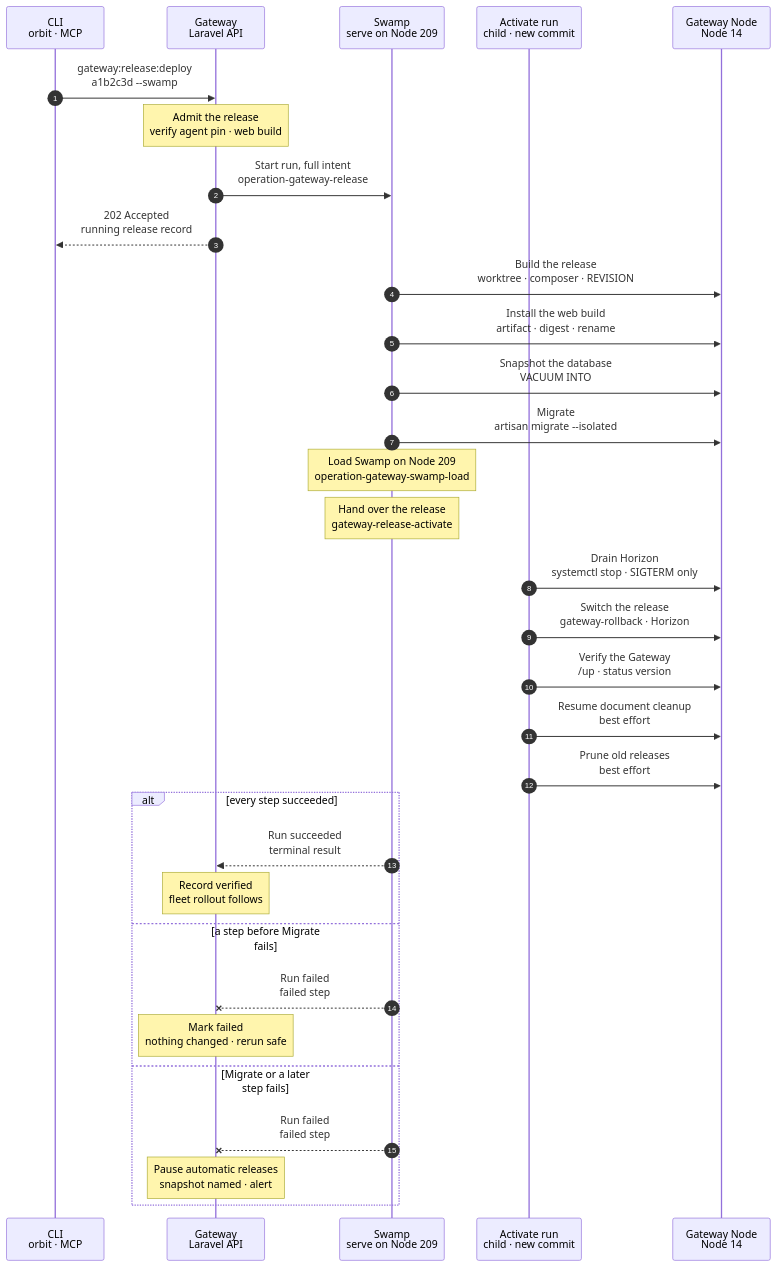
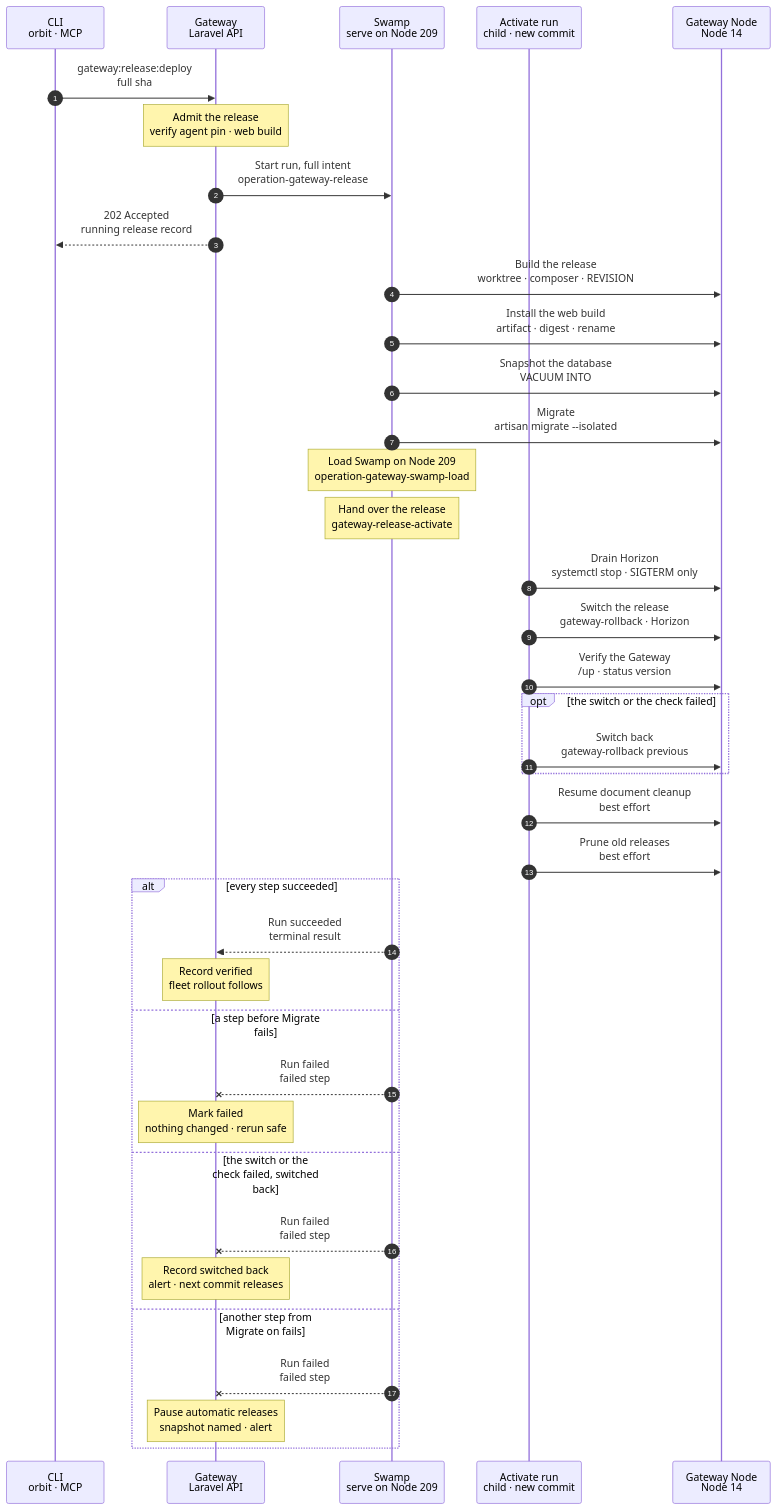
One commit to hardimpactdev/orbit changed the diagram in docs/cli/gateway/release-deploy.mmd. Above: the diagram before and after it, drawn with Mermaid. The commit also changed 22 other files, not shown here.

Commit message:
feat(gateway): automatic and manual releases run as the gateway.release Swamp run, and a failed check switches back (R2)

```diff
--- a/docs/cli/gateway/release-deploy.mmd
+++ b/docs/cli/gateway/release-deploy.mmd
@@ -1,66 +1,72 @@
 sequenceDiagram
-  %% Target design: owner decision 2026-11-03, one Swamp workflow per Gateway release (R1, beside the release unit).
-  %% A forward release never switches back: the migration ran, so a later failure pauses. docs/reference/gateway-recovery.md#release-as-a-swamp-run.
+  %% Target design: docs/reference/feature-flow.md section 6, one Swamp workflow per Gateway release, manual or automatic.
+  %% A failed switch or check switches back; migrations are expand and contract. docs/reference/gateway-recovery.md#release-as-a-swamp-run.
   %% status: reviewed
-  %% command: gateway:release:deploy --swamp
+  %% command: gateway:release:deploy
   %% kind: gateway.release
   %% behavior name: gateway-release-<step>-209 (fixed)
   autonumber
   %% lane TR icon=terminal pill=caller tone=gray
   %% lane GW icon=gateway pill=intent tone=blue
   %% lane SW icon=workflow pill=executes tone=green
   %% lane AC icon=workflow pill=child tone=green
   %% lane GN icon=server pill=target tone=amber
   participant TR as CLI<br/>orbit · MCP
   participant GW as Gateway<br/>Laravel API
   participant SW as Swamp<br/>serve on Node 209
   participant AC as Activate run<br/>child · new commit
   participant GN as Gateway Node<br/>Node 14
-  TR->>GW: gateway:release:deploy<br/>a1b2c3d --swamp
+  TR->>GW: gateway:release:deploy<br/>full sha
   %%> Command:
-  %%> - `orbit gateway:release:deploy <full sha> --swamp`
+  %%> - `orbit gateway:release:deploy <full sha>`; the automatic tick admits the newest green commit the same way
   Note over GW: Admit the release<br/>verify agent pin · web build
   %%> Requirements:
   %%> - the full commit; no other release queued or running; no staged hold
   %%> - the agent pin passes its Sigstore check; CI published the commit's web build
   %%> Result:
   %%> - a running release record; the pin, artifact, Horizon unit and SSH targets frozen as inputs
   GW->>SW: Start run, full intent<br/>operation-gateway-release
   %%> What it does:
   %%> - at run start, mints one read token (contents, actions) into the vault
   GW-->>TR: 202 Accepted<br/>running release record
   SW->>GN: Build the release<br/>worktree · composer · REVISION
   %%> What it does:
   %%> - fetches the commit, refuses one that does not descend from the current release
   %%> - links shared env and storage, installs dependencies, seals with `REVISION` and a cached config
   %%> - a sealed release of the commit is reused
   SW->>GN: Install the web build<br/>artifact · digest · rename
   SW->>GN: Snapshot the database<br/>VACUUM INTO
   SW->>GN: Migrate<br/>artisan migrate --isolated
   %%> On failure:
-  %%> - from here, the release pauses with the old release live
+  %%> - from here until the switch, the release pauses with the old release live
   Note over SW: Load Swamp on Node 209<br/>operation-gateway-swamp-load
   %%> What it does:
   %%> - the load child: checkout, grants the new release rendered, serve reload
   Note over SW: Hand over the release<br/>gateway-release-activate
   %%> Why:
   %%> - the child runs from the definition the load installed, so the switch runs the new commit's steps
   AC->>GN: Drain Horizon<br/>systemctl stop · SIGTERM only
   AC->>GN: Switch the release<br/>gateway-rollback · Horizon
   %%> Why:
   %%> - the same script an operator rolls back with: links, PHP-FPM reload, running services restart
   AC->>GN: Verify the Gateway<br/>/up · status version
+  opt the switch or the check failed
+    AC->>GN: Switch back<br/>gateway-rollback previous
+  end
   AC->>GN: Resume document cleanup<br/>best effort
   %%> Why:
   %%> - the scheduler restart paused the release cleanups; one that stays paused never fails the release
   AC->>GN: Prune old releases<br/>best effort
   alt every step succeeded
     SW-->>GW: Run succeeded<br/>terminal result
     Note over GW: Record verified<br/>fleet rollout follows
   else a step before Migrate fails
     SW--xGW: Run failed<br/>failed step
     Note over GW: Mark failed<br/>nothing changed · rerun safe
-  else Migrate or a later step fails
+  else the switch or the check failed, switched back
+    SW--xGW: Run failed<br/>failed step
+    Note over GW: Record switched back<br/>alert · next commit releases
+  else another step from Migrate on fails
     SW--xGW: Run failed<br/>failed step
     Note over GW: Pause automatic releases<br/>snapshot named · alert
   end
```
